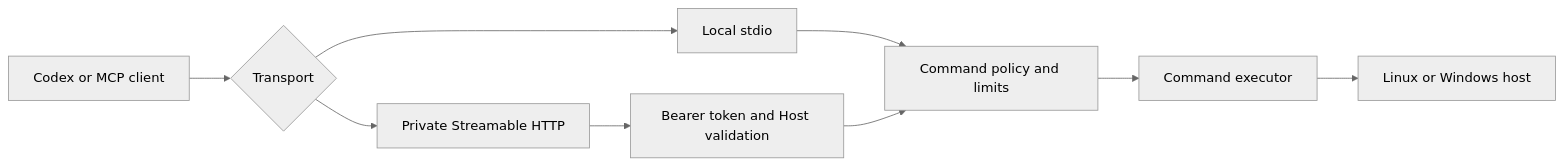
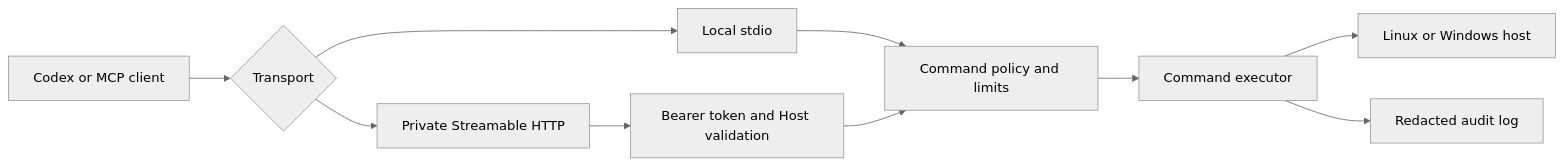
One commit to HsinPu/command-bridge-mcp-server changed the diagram in README.md. Above: the diagram before and after it, drawn with Mermaid (neutral theme). The commit also changed other lines of this file and 24 other files, not shown here.

Commit message:
feat: add cross-platform command audit log

````diff
--- a/README.md
+++ b/README.md
@@ -118,20 +141,18 @@
-```mermaid
+~~~mermaid
 flowchart LR
-    CLIENT["Codex or MCP client"]
-    TRANSPORT{"Transport"}
-    STDIO["Local stdio"]
-    HTTP["Private Streamable HTTP"]
-    AUTH["Bearer token and Host validation"]
-    POLICY["Command policy and limits"]
-    EXECUTOR["Command executor"]
-    HOST["Linux or Windows host"]
+    client["Codex or MCP client"]
+    transport{"Transport"}
+    stdio["Local stdio"]
+    http["Private Streamable HTTP"]
+    auth["Bearer token and Host validation"]
+    policy["Command policy and limits"]
+    executor["Command executor"]
+    audit["Redacted audit log"]
+    host["Linux or Windows host"]
 
-    CLIENT --> TRANSPORT
-    TRANSPORT --> STDIO
-    TRANSPORT --> HTTP
-    HTTP --> AUTH
-    STDIO --> POLICY
-    AUTH --> POLICY
-    POLICY --> EXECUTOR
-    EXECUTOR --> HOST
-```
+    client --> transport
+    transport --> stdio --> policy
+    transport --> http --> auth --> policy
+    policy --> executor --> host
+    executor --> audit
+~~~
````
